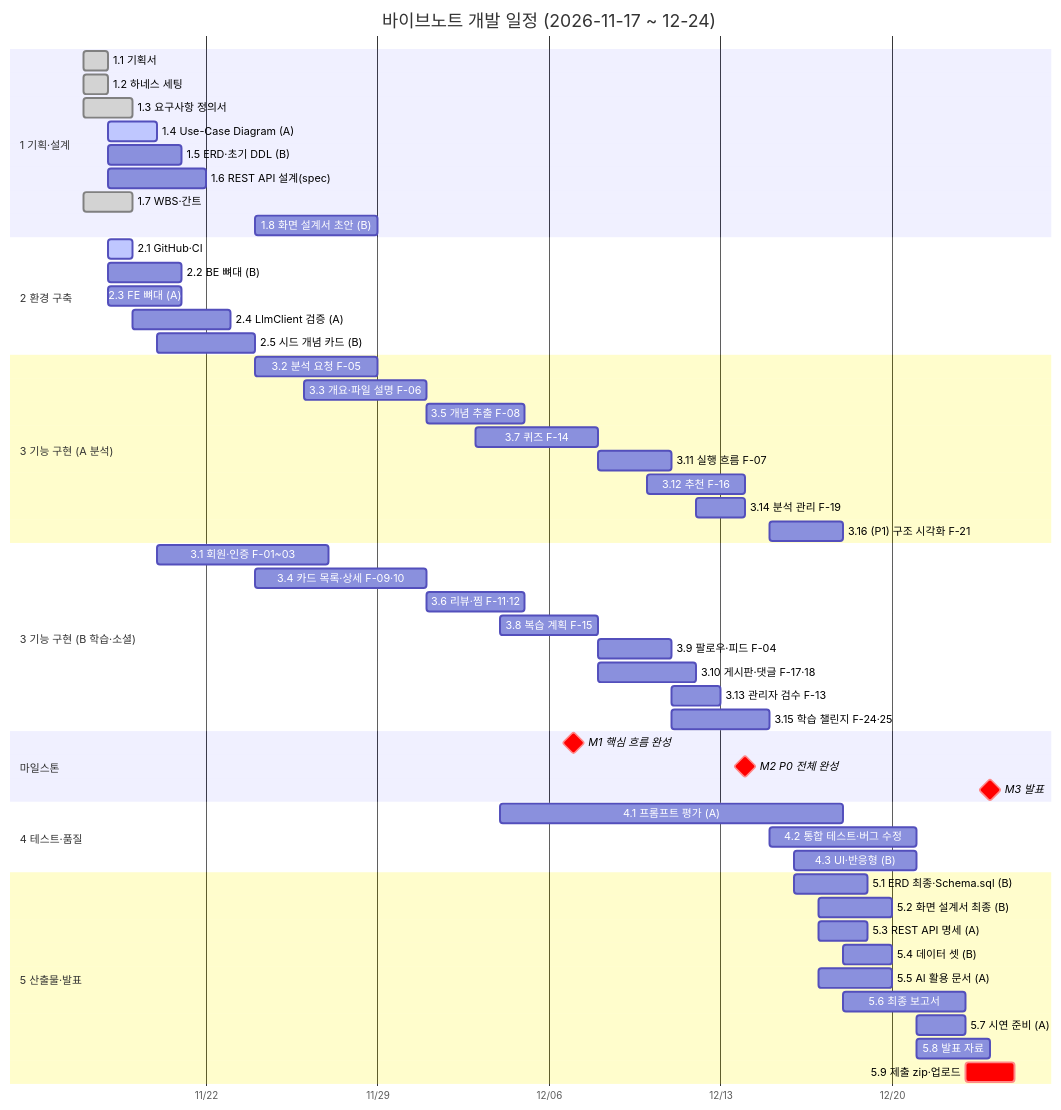
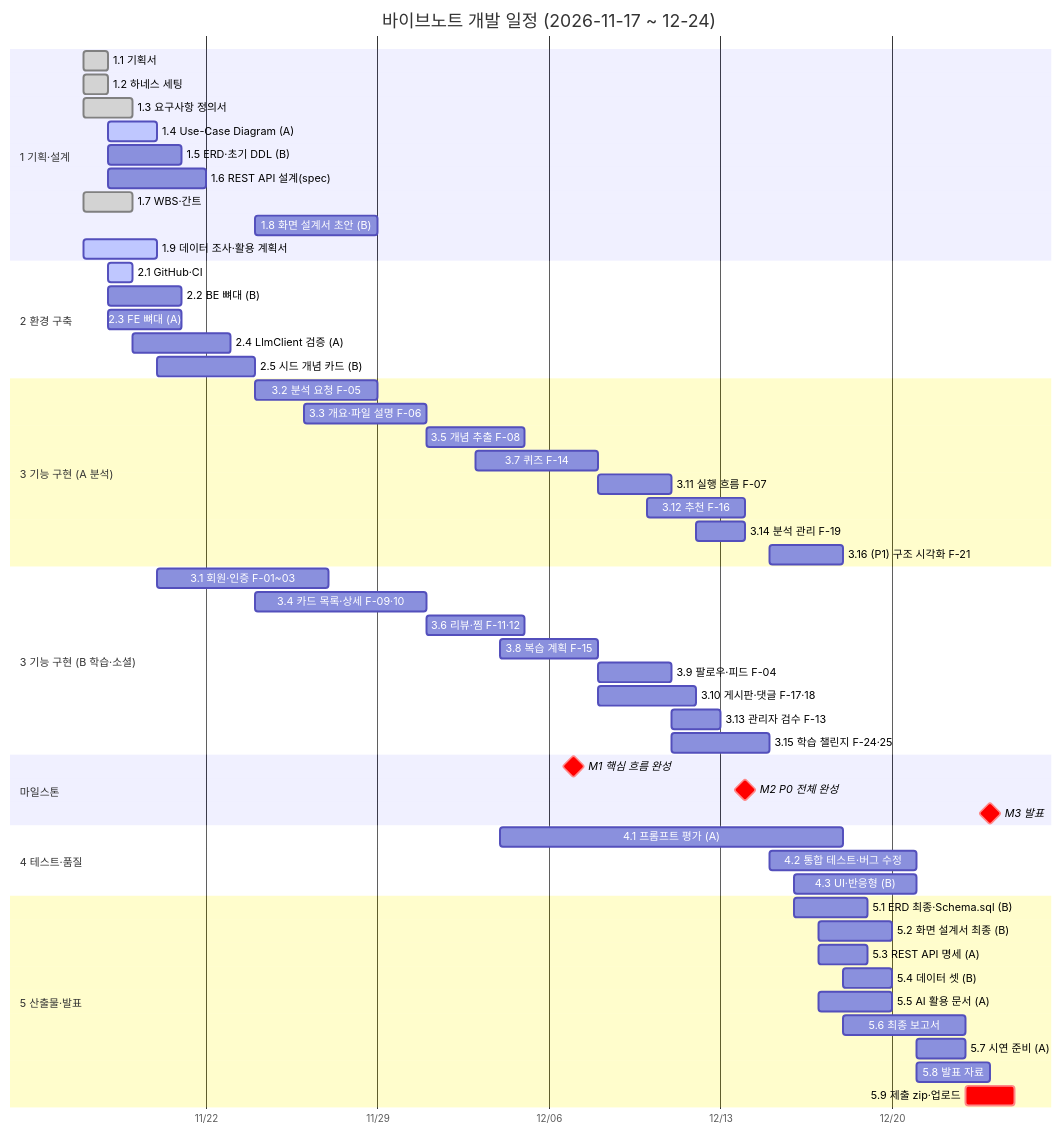
One commit to whans1996/final changed the diagram in docs/산출물/05-간트차트.md. Above: the diagram before and after it, drawn with Mermaid. The commit also changed 16 other files, not shown here.

First line of the commit message:
docs(common): 데이터 출처 조사·데이터 활용 계획서, 개발 환경 설정 안내

````diff
--- a/docs/산출물/05-간트차트.md
+++ b/docs/산출물/05-간트차트.md
@@ -6,65 +6,66 @@
 ```mermaid
 gantt
   title 바이브노트 개발 일정 (2026-11-17 ~ 12-24)
   dateFormat YYYY-MM-DD
   axisFormat %m/%d
   todayMarker off
 
   section 1 기획·설계
   1.1 기획서                     :done,    t11, 2026-11-17, 1d
   1.2 하네스 세팅                :done,    t12, 2026-11-17, 1d
   1.3 요구사항 정의서            :done,    t13, 2026-11-17, 2d
   1.4 Use-Case Diagram (A)       :active,  t14, 2026-11-18, 2d
   1.5 ERD·초기 DDL (B)           :         t15, 2026-11-18, 3d
   1.6 REST API 설계(spec)        :         t16, 2026-11-18, 4d
   1.7 WBS·간트                   :done,    t17, 2026-11-17, 2d
   1.8 화면 설계서 초안 (B)       :         t18, 2026-11-24, 5d
+  1.9 데이터 조사·활용 계획서    :active,  t19, 2026-11-17, 3d
 
   section 2 환경 구축
   2.1 GitHub·CI                  :active,  t21, 2026-11-18, 1d
   2.2 BE 뼈대 (B)                :         t22, 2026-11-18, 3d
   2.3 FE 뼈대 (A)                :         t23, 2026-11-18, 3d
   2.4 LlmClient 검증 (A)         :         t24, 2026-11-19, 4d
   2.5 시드 개념 카드 (B)         :         t25, 2026-11-20, 4d
 
   section 3 기능 구현 (A 분석)
   3.2 분석 요청 F-05             :         t32, 2026-11-24, 5d
   3.3 개요·파일 설명 F-06        :         t33, 2026-11-26, 5d
   3.5 개념 추출 F-08             :         t35, 2026-12-01, 4d
   3.7 퀴즈 F-14                  :         t37, 2026-12-03, 5d
   3.11 실행 흐름 F-07            :         t311, 2026-12-08, 3d
   3.12 추천 F-16                 :         t312, 2026-12-10, 4d
   3.14 분석 관리 F-19            :         t314, 2026-12-12, 2d
   3.16 (P1) 구조 시각화 F-21     :         t316, 2026-12-15, 3d
 
   section 3 기능 구현 (B 학습·소셜)
   3.1 회원·인증 F-01~03          :         t31, 2026-11-20, 7d
   3.4 카드 목록·상세 F-09·10     :         t34, 2026-11-24, 7d
   3.6 리뷰·찜 F-11·12            :         t36, 2026-12-01, 4d
   3.8 복습 계획 F-15             :         t38, 2026-12-04, 4d
   3.9 팔로우·피드 F-04           :         t39, 2026-12-08, 3d
   3.10 게시판·댓글 F-17·18       :         t310, 2026-12-08, 4d
   3.13 관리자 검수 F-13          :         t313, 2026-12-11, 2d
   3.15 학습 챌린지 F-24·25       :         t315, 2026-12-11, 4d
 
   section 마일스톤
   M1 핵심 흐름 완성              :milestone, crit, m1, 2026-12-07, 0d
   M2 P0 전체 완성                :milestone, crit, m2, 2026-12-14, 0d
   M3 발표                        :milestone, crit, m3, 2026-12-24, 0d
 
   section 4 테스트·품질
   4.1 프롬프트 평가 (A)          :         t41, 2026-12-04, 14d
   4.2 통합 테스트·버그 수정      :         t42, 2026-12-15, 6d
   4.3 UI·반응형 (B)              :         t43, 2026-12-16, 5d
 
   section 5 산출물·발표
   5.1 ERD 최종·Schema.sql (B)    :         t51, 2026-12-16, 3d
   5.2 화면 설계서 최종 (B)       :         t52, 2026-12-17, 3d
   5.3 REST API 명세 (A)          :         t53, 2026-12-17, 2d
   5.4 데이터 셋 (B)              :         t54, 2026-12-18, 2d
   5.5 AI 활용 문서 (A)           :         t55, 2026-12-17, 3d
   5.6 최종 보고서                :         t56, 2026-12-18, 5d
   5.7 시연 준비 (A)              :         t57, 2026-12-21, 2d
   5.8 발표 자료                  :         t58, 2026-12-21, 3d
   5.9 제출 zip·업로드            :crit,    t59, 2026-12-23, 2d
 ```
````
